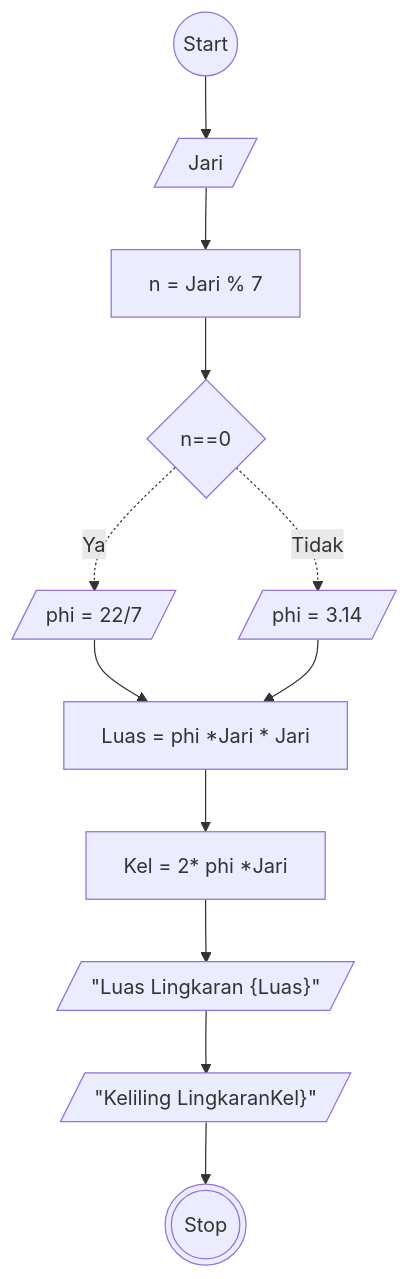
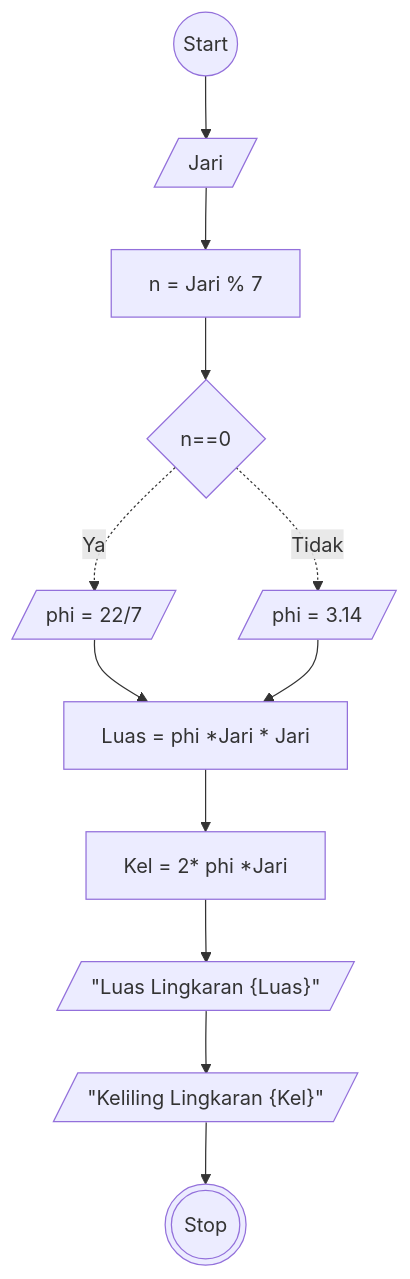
One commit to dimastadeoo/koda-b8-algoritma changed the diagram in luas&keliling.md. Above: the diagram before and after it, drawn with Mermaid.

````diff
--- a/luas&keliling.md
+++ b/luas&keliling.md
@@ -18,25 +18,25 @@
 ```mermaid
 flowchart TD
     A@{ shape: circle, label: "Start" }
     
     B@{ shape: lean-r, label: "Jari" }
     G@{ shape: rect, label: "n = Jari % 7" }
 
     C@{ shape: diamond, label: "n==0" }
 
     D@{ shape: lean-r, label: "phi = 3.14" }
     E@{ shape: lean-r, label: "phi = 22/7" }
 
     F@{ shape: rect, label: "Luas = phi *Jari * Jari" }
     H@{ shape: rect, label: "Kel = 2* phi *Jari" }
 
     I@{ shape: lean-r, label: "&quot;Luas Lingkaran {Luas}&quot;" }
-    J@{ shape: lean-r, label: "&quot;Keliling LingkaranKel}&quot;" }    
+    J@{ shape: lean-r, label: "&quot;Keliling Lingkaran {Kel}&quot;" }    
 
     K@{ shape: dbl-circ, label: "Stop" }
 
     A --> B --> G --> C-. Ya .-> E --> F
     C-. Tidak .-> D --> F --> H --> I-->J-->K
 
 
 ```
````
